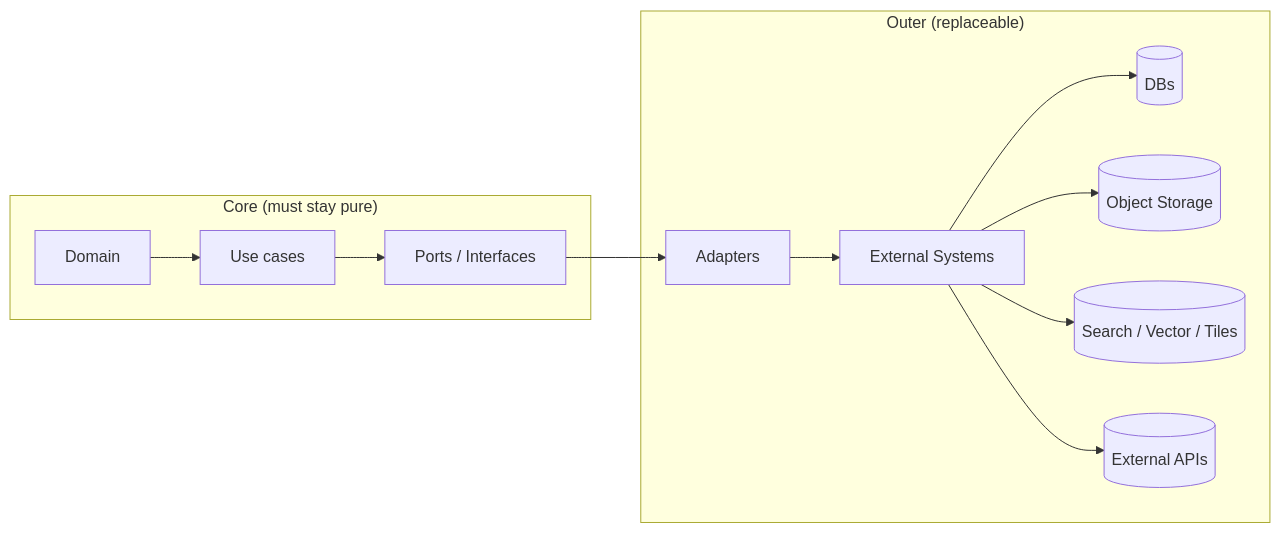
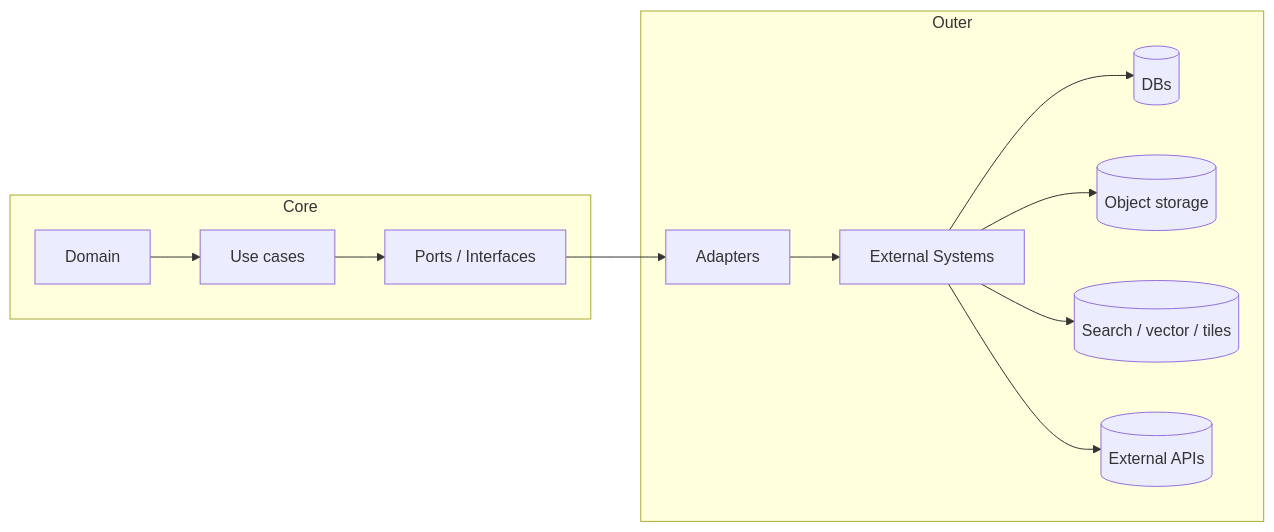
The first of 2 diagrams in packages/adapters/README.md (bartytime4life/Kansas-Frontier-Matrix), drawn with Mermaid before and after one commit. The commit also changed other lines of this file, not shown here.

````diff
--- a/packages/adapters/README.md
+++ b/packages/adapters/README.md
@@ -74,17 +98,17 @@
 ```mermaid
 flowchart LR
-  subgraph Core["Core (must stay pure)"]
+  subgraph Core["Core"]
     D[Domain] --> U[Use cases]
     U --> P[Ports / Interfaces]
   end
 
-  subgraph Outer["Outer (replaceable)"]
+  subgraph Outer["Outer"]
     A[Adapters] --> X[External Systems]
     X --> DB[(DBs)]
-    X --> OS[(Object Storage)]
-    X --> IDX[(Search / Vector / Tiles)]
+    X --> OS[(Object storage)]
+    X --> IDX[(Search / vector / tiles)]
     X --> API[(External APIs)]
   end
 
   P --> A
 ```
````
